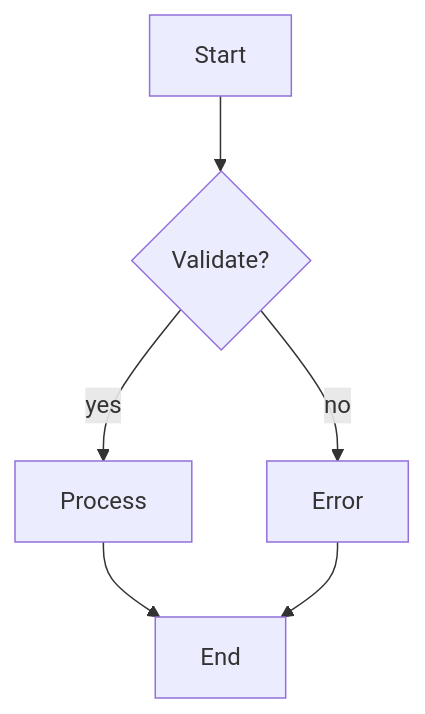
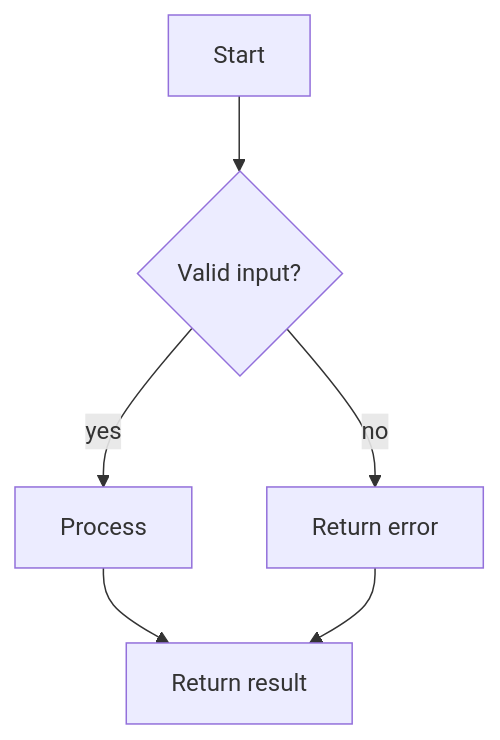
Before and after one commit to shangguan1024/sdd-workflow: the third of 4 diagrams in visualization-guide.md, drawn with Mermaid. The commit also changed other lines of this file and 10 other files, not shown here.

````diff
--- a/visualization-guide.md
+++ b/visualization-guide.md
@@ -59,8 +40,8 @@
 ```mermaid
 flowchart TD
-    A[Start] --> B{Validate?}
+    A[Start] --> B{Valid input?}
     B -->|yes| C[Process]
-    B -->|no| D[Error]
-    C --> E[End]
+    B -->|no| D[Return error]
+    C --> E[Return result]
     D --> E
 ```
````
